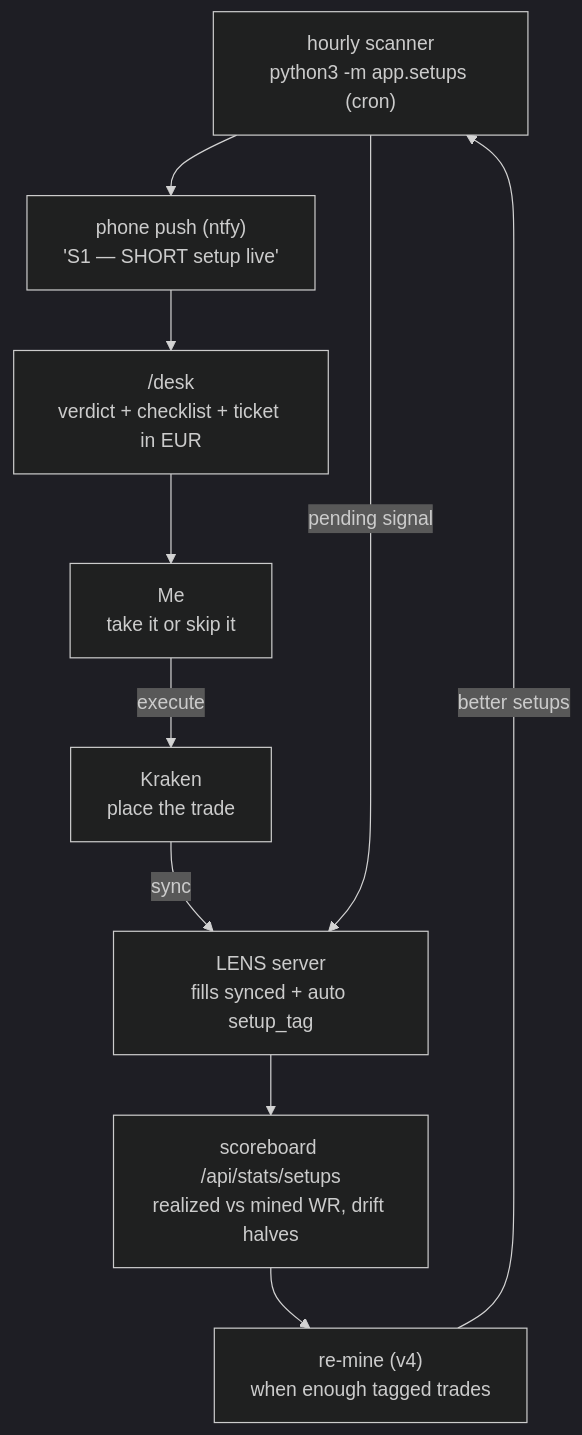
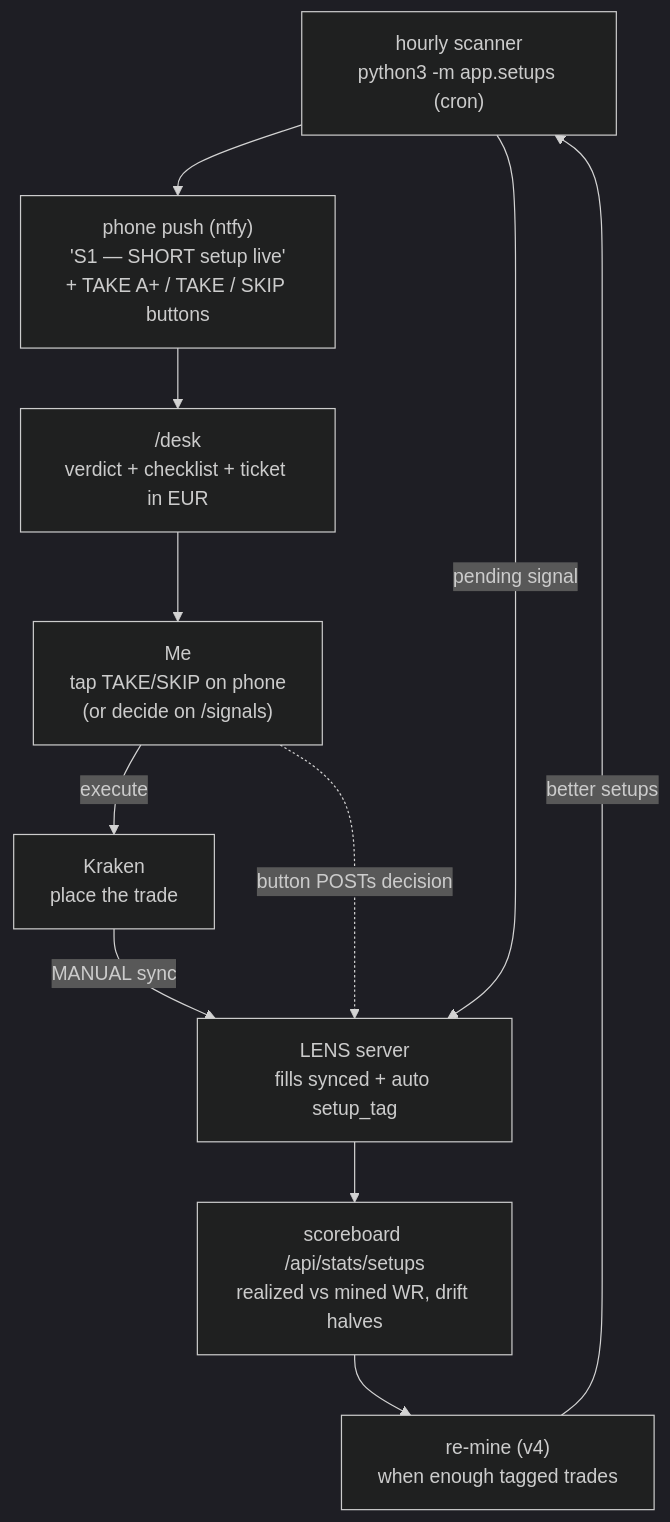
Before and after one commit to idlepcvr/lens: the diagram in README.md, drawn with Mermaid (dark theme). The commit also changed other lines of this file and 7 other files, not shown here.

First line of the commit message:
feat: phone decide buttons, hourly sync, shared responsive design system

````diff
--- a/README.md
+++ b/README.md
@@ -62,14 +62,15 @@
 ```mermaid
 flowchart TD
     CRON["hourly scanner\npython3 -m app.setups (cron)"]
-    NTFY["phone push (ntfy)\n'S1 — SHORT setup live'"]
+    NTFY["phone push (ntfy)\n'S1 — SHORT setup live'\n+ TAKE A+ / TAKE / SKIP buttons"]
     DESK["/desk\nverdict + checklist + ticket in EUR"]
-    ME["Me\ntake it or skip it"]
+    ME["Me\ntap TAKE/SKIP on phone\n(or decide on /signals)"]
     KR["Kraken\nplace the trade"]
     DB["LENS server\nfills synced + auto setup_tag"]
     SB["scoreboard /api/stats/setups\nrealized vs mined WR, drift halves"]
     V4["re-mine (v4)\nwhen enough tagged trades"]
 
-    CRON --> NTFY --> DESK --> ME -->|execute| KR -->|sync| DB --> SB --> V4 -->|better setups| CRON
+    CRON --> NTFY --> DESK --> ME -->|execute| KR -->|MANUAL sync| DB --> SB --> V4 -->|better setups| CRON
     CRON -->|pending signal| DB
+    ME -.->|button POSTs decision| DB
 ```
````
